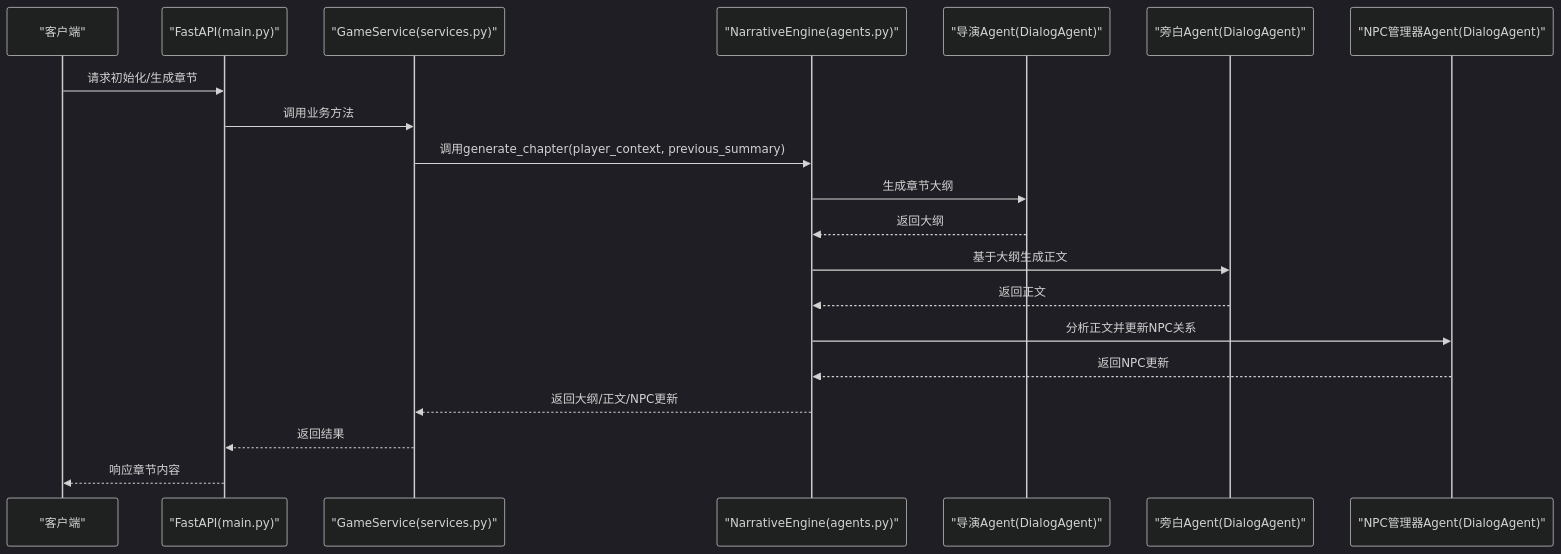
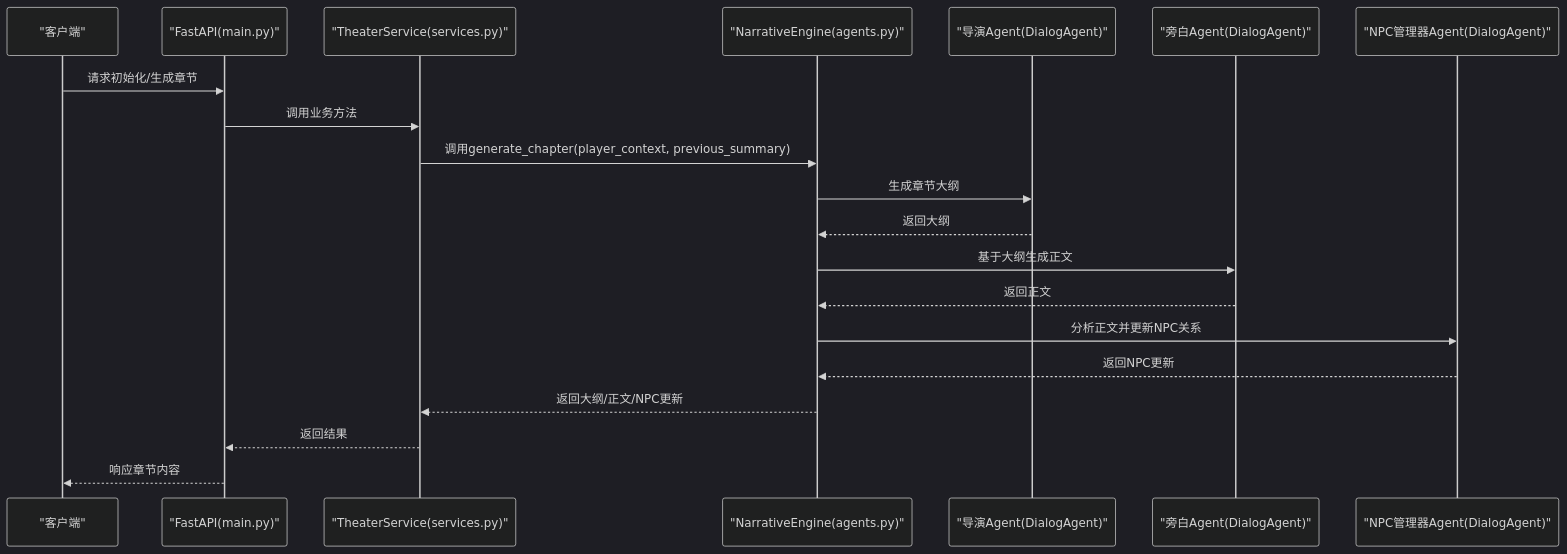
The second of 8 diagrams in .qoder/repowiki/zh/content/多智能体叙事引擎/导演Agent.md (KunLabAI/KunFlix), drawn with Mermaid (dark theme) before and after one commit. The commit also changed other lines of this file and 112 other files, not shown here.

````diff
--- a/.qoder/repowiki/zh/content/多智能体叙事引擎/导演Agent.md
+++ b/.qoder/repowiki/zh/content/多智能体叙事引擎/导演Agent.md
@@ -92,22 +92,22 @@
 ```mermaid
 sequenceDiagram
 participant Client as "客户端"
 participant API as "FastAPI(main.py)"
-participant GS as "GameService(services.py)"
+participant GS as "TheaterService(services.py)"
 participant NE as "NarrativeEngine(agents.py)"
 participant Dir as "导演Agent(DialogAgent)"
 participant Nar as "旁白Agent(DialogAgent)"
 participant NPC as "NPC管理器Agent(DialogAgent)"
 Client->>API : 请求初始化/生成章节
 API->>GS : 调用业务方法
 GS->>NE : 调用generate_chapter(player_context, previous_summary)
 NE->>Dir : 生成章节大纲
 Dir-->>NE : 返回大纲
 NE->>Nar : 基于大纲生成正文
 Nar-->>NE : 返回正文
 NE->>NPC : 分析正文并更新NPC关系
 NPC-->>NE : 返回NPC更新
 NE-->>GS : 返回大纲/正文/NPC更新
 GS-->>API : 返回结果
 API-->>Client : 响应章节内容
 ```
````
